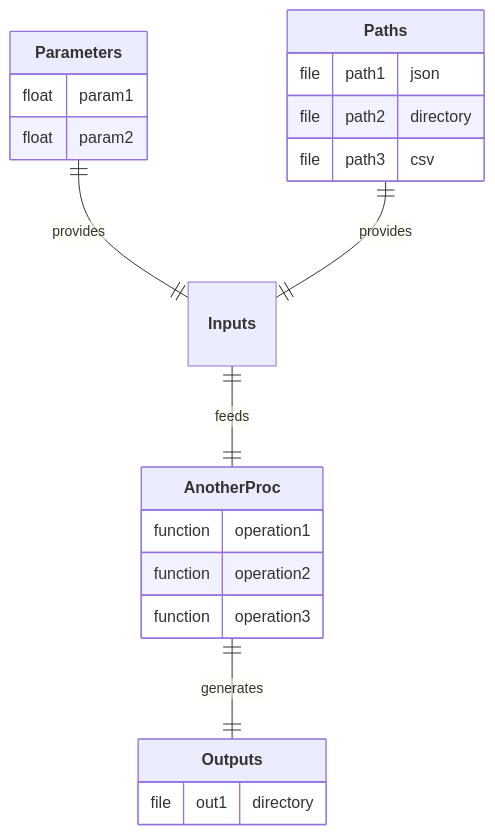
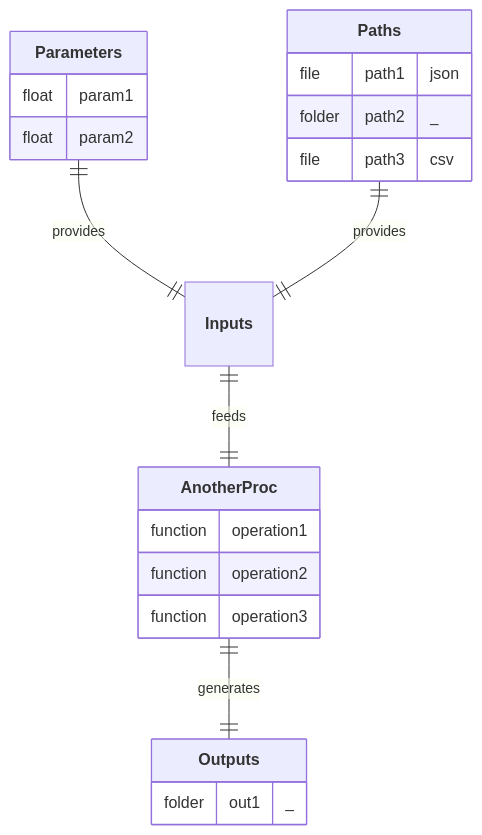
Before and after one commit to nuremics/nuremics-labs: the diagram in src/procs/AnotherProc/README.md, drawn with Mermaid.

Commit message:
update README AnotherProc

````diff
--- a/src/procs/AnotherProc/README.md
+++ b/src/procs/AnotherProc/README.md
@@ -3,25 +3,25 @@
 ```mermaid
 erDiagram
   **Parameters** ||--|| **Inputs** : provides
   **Paths** ||--|| **Inputs** : provides
   **Inputs** ||--|| **AnotherProc** : feeds
   **AnotherProc** ||--|| **Outputs** : generates
 
   **Parameters** {
     float param1
     float param2
   }
   **Paths** {
     file path1 "json"
-    file path2 "directory"
+    folder path2 "_"
     file path3 "csv"
   }
   **AnotherProc** {
     function operation1
     function operation2
     function operation3
   }
   **Outputs** {
-    file out1 "directory"
+    folder out1 "_"
   }
 ```
````
